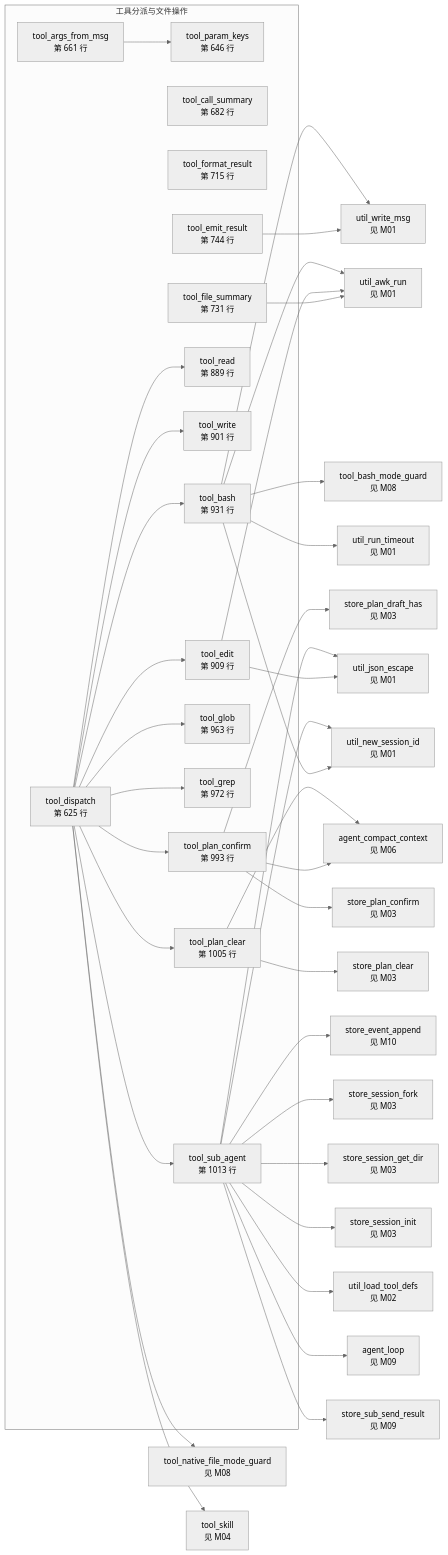
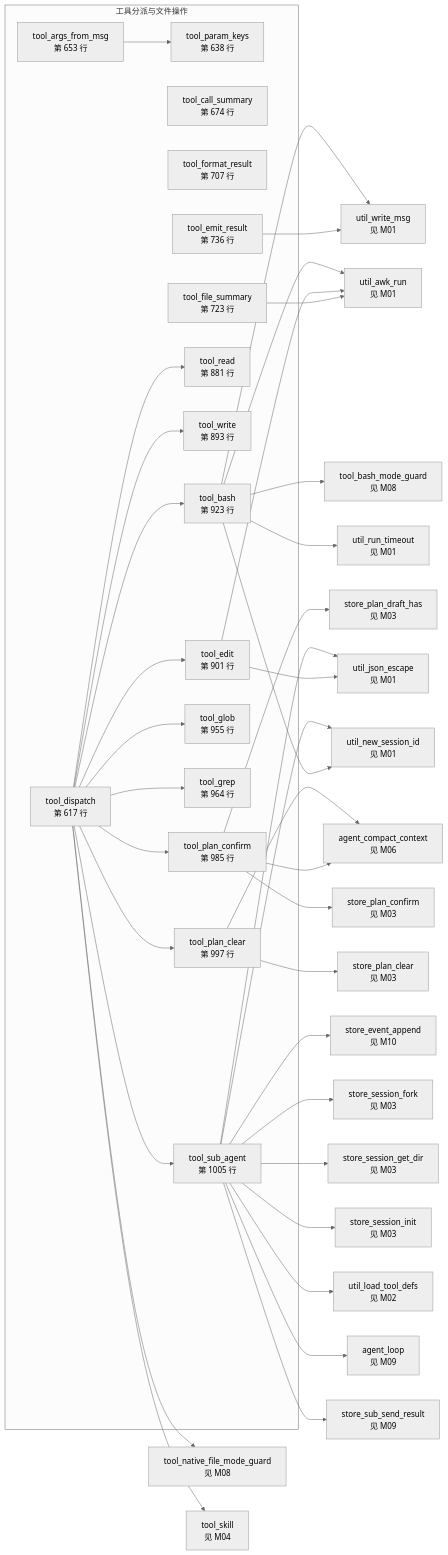
Before and after one commit to lloydzhou/bash-agent: the ninth of 15 diagrams in docs/bash-data-flow.md, drawn with Mermaid (neutral theme). The commit also changed other lines of this file and 2 other files, not shown here.

````diff
--- a/docs/bash-data-flow.md
+++ b/docs/bash-data-flow.md
@@ -333,75 +329,75 @@
 ```mermaid
 flowchart LR
   subgraph mod_7["工具分派与文件操作"]
-    f_tool_dispatch["tool_dispatch<br/>第 625 行"]
-    f_tool_param_keys["tool_param_keys<br/>第 646 行"]
-    f_tool_args_from_msg["tool_args_from_msg<br/>第 661 行"]
-    f_tool_call_summary["tool_call_summary<br/>第 682 行"]
-    f_tool_format_result["tool_format_result<br/>第 715 行"]
-    f_tool_file_summary["tool_file_summary<br/>第 731 行"]
-    f_tool_emit_result["tool_emit_result<br/>第 744 行"]
-    f_tool_read["tool_read<br/>第 889 行"]
-    f_tool_write["tool_write<br/>第 901 行"]
-    f_tool_edit["tool_edit<br/>第 909 行"]
-    f_tool_bash["tool_bash<br/>第 931 行"]
-    f_tool_glob["tool_glob<br/>第 963 行"]
-    f_tool_grep["tool_grep<br/>第 972 行"]
-    f_tool_plan_confirm["tool_plan_confirm<br/>第 993 行"]
-    f_tool_plan_clear["tool_plan_clear<br/>第 1005 行"]
-    f_tool_sub_agent["tool_sub_agent<br/>第 1013 行"]
+    f_tool_dispatch["tool_dispatch<br/>第 617 行"]
+    f_tool_param_keys["tool_param_keys<br/>第 638 行"]
+    f_tool_args_from_msg["tool_args_from_msg<br/>第 653 行"]
+    f_tool_call_summary["tool_call_summary<br/>第 674 行"]
+    f_tool_format_result["tool_format_result<br/>第 707 行"]
+    f_tool_file_summary["tool_file_summary<br/>第 723 行"]
+    f_tool_emit_result["tool_emit_result<br/>第 736 行"]
+    f_tool_read["tool_read<br/>第 881 行"]
+    f_tool_write["tool_write<br/>第 893 行"]
+    f_tool_edit["tool_edit<br/>第 901 行"]
+    f_tool_bash["tool_bash<br/>第 923 行"]
+    f_tool_glob["tool_glob<br/>第 955 行"]
+    f_tool_grep["tool_grep<br/>第 964 行"]
+    f_tool_plan_confirm["tool_plan_confirm<br/>第 985 行"]
+    f_tool_plan_clear["tool_plan_clear<br/>第 997 行"]
+    f_tool_sub_agent["tool_sub_agent<br/>第 1005 行"]
   end
   f_agent_compact_context["agent_compact_context<br/>见 M06"]
   f_agent_loop["agent_loop<br/>见 M09"]
   f_store_event_append["store_event_append<br/>见 M10"]
   f_store_plan_clear["store_plan_clear<br/>见 M03"]
   f_store_plan_confirm["store_plan_confirm<br/>见 M03"]
   f_store_plan_draft_has["store_plan_draft_has<br/>见 M03"]
   f_store_session_fork["store_session_fork<br/>见 M03"]
   f_store_session_get_dir["store_session_get_dir<br/>见 M03"]
   f_store_session_init["store_session_init<br/>见 M03"]
   f_store_sub_send_result["store_sub_send_result<br/>见 M09"]
   f_tool_bash_mode_guard["tool_bash_mode_guard<br/>见 M08"]
   f_tool_native_file_mode_guard["tool_native_file_mode_guard<br/>见 M08"]
   f_tool_skill["tool_skill<br/>见 M04"]
   f_util_awk_run["util_awk_run<br/>见 M01"]
   f_util_json_escape["util_json_escape<br/>见 M01"]
   f_util_load_tool_defs["util_load_tool_defs<br/>见 M02"]
   f_util_new_session_id["util_new_session_id<br/>见 M01"]
   f_util_run_timeout["util_run_timeout<br/>见 M01"]
   f_util_write_msg["util_write_msg<br/>见 M01"]
   f_tool_dispatch --> f_tool_native_file_mode_guard
   f_tool_dispatch --> f_tool_read
   f_tool_dispatch --> f_tool_write
   f_tool_dispatch --> f_tool_edit
   f_tool_dispatch --> f_tool_bash
   f_tool_dispatch --> f_tool_glob
   f_tool_dispatch --> f_tool_grep
   f_tool_dispatch --> f_tool_plan_confirm
   f_tool_dispatch --> f_tool_plan_clear
   f_tool_dispatch --> f_tool_skill
   f_tool_dispatch --> f_tool_sub_agent
   f_tool_args_from_msg --> f_tool_param_keys
   f_tool_file_summary --> f_util_awk_run
   f_tool_emit_result --> f_util_write_msg
   f_tool_edit --> f_util_json_escape
   f_tool_edit --> f_util_awk_run
   f_tool_bash --> f_tool_bash_mode_guard
   f_tool_bash --> f_util_new_session_id
   f_tool_bash --> f_util_write_msg
   f_tool_bash --> f_util_run_timeout
   f_tool_bash --> f_util_awk_run
   f_tool_plan_confirm --> f_store_plan_draft_has
   f_tool_plan_confirm --> f_agent_compact_context
   f_tool_plan_confirm --> f_store_plan_confirm
   f_tool_plan_clear --> f_agent_compact_context
   f_tool_plan_clear --> f_store_plan_clear
   f_tool_sub_agent --> f_util_new_session_id
   f_tool_sub_agent --> f_store_event_append
   f_tool_sub_agent --> f_util_json_escape
   f_tool_sub_agent --> f_store_session_fork
   f_tool_sub_agent --> f_store_session_get_dir
   f_tool_sub_agent --> f_store_session_init
   f_tool_sub_agent --> f_util_load_tool_defs
   f_tool_sub_agent --> f_agent_loop
   f_tool_sub_agent --> f_store_sub_send_result
 ```
````
